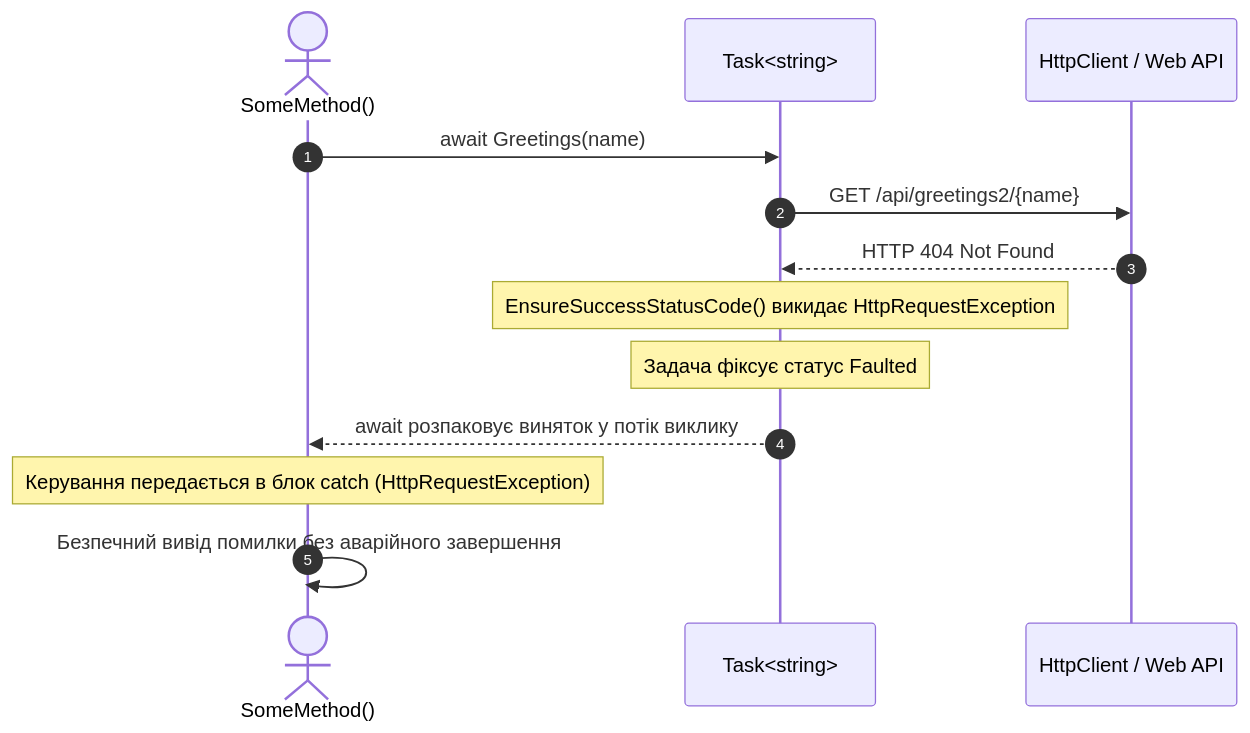
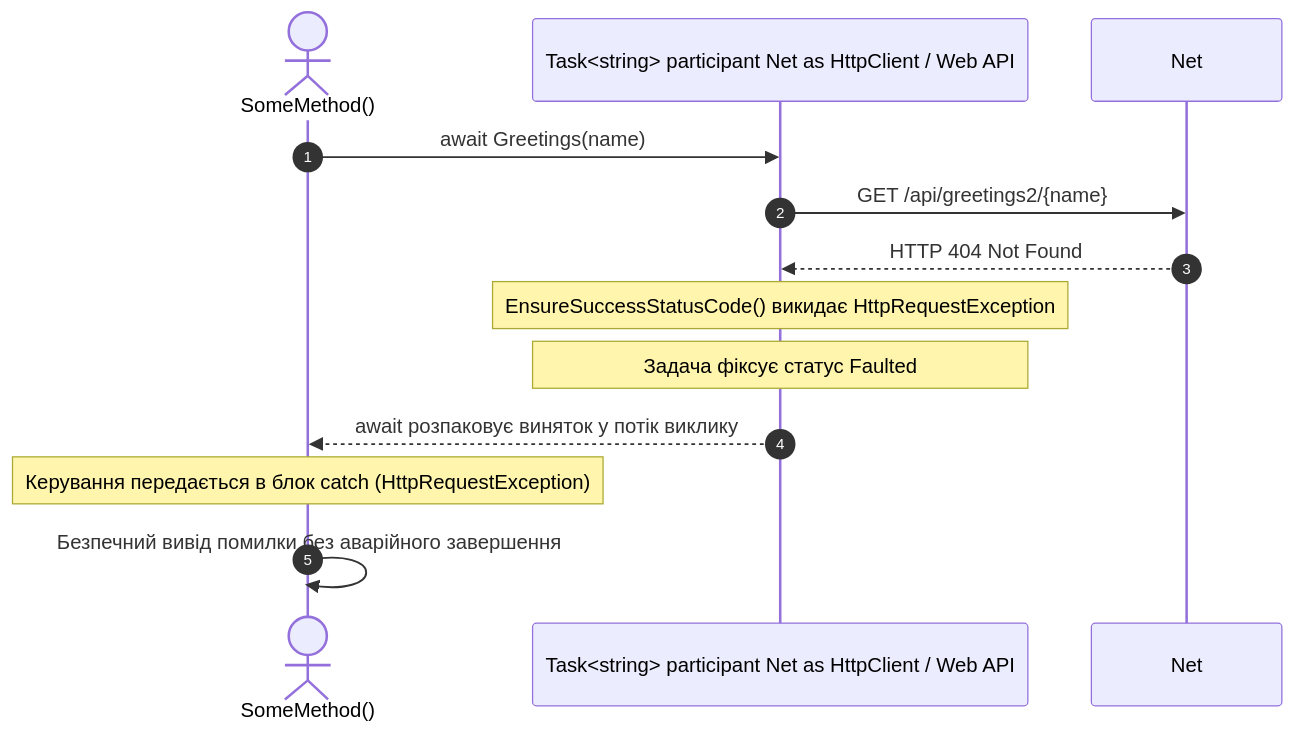
The diagram in 06-Multithreading-And-Parallelism/03-Asynchronous-Programming/03-ReturnAValueFromTask-ConsolewithERROR/README.md (MrTomkaYurii/CSharp-OOP-Mastery), drawn with Mermaid before and after one commit. The commit also changed other lines of this file and 158 other files, not shown here.

````diff
--- a/06-Multithreading-And-Parallelism/03-Asynchronous-Programming/03-ReturnAValueFromTask-ConsolewithERROR/README.md
+++ b/06-Multithreading-And-Parallelism/03-Asynchronous-Programming/03-ReturnAValueFromTask-ConsolewithERROR/README.md
@@ -15,18 +15,17 @@
 ```mermaid
 sequenceDiagram
     autonumber
     actor Caller as SomeMethod()
-    participant TaskObj as Task<string>
-    participant Net as HttpClient / Web API
+    participant TaskObj as Task<string> participant Net as HttpClient / Web API
 
     Caller->>TaskObj: await Greetings(name)
     TaskObj->>Net: GET /api/greetings2/{name}
     Net-->>TaskObj: HTTP 404 Not Found
     
     Note over TaskObj: EnsureSuccessStatusCode() викидає HttpRequestException
     Note over TaskObj: Задача фіксує статус Faulted
     
     TaskObj-->>Caller: await розпаковує виняток у потік виклику
     Note over Caller: Керування передається в блок catch (HttpRequestException)
     Caller->>Caller: Безпечний вивід помилки без аварійного завершення
 ```
````
